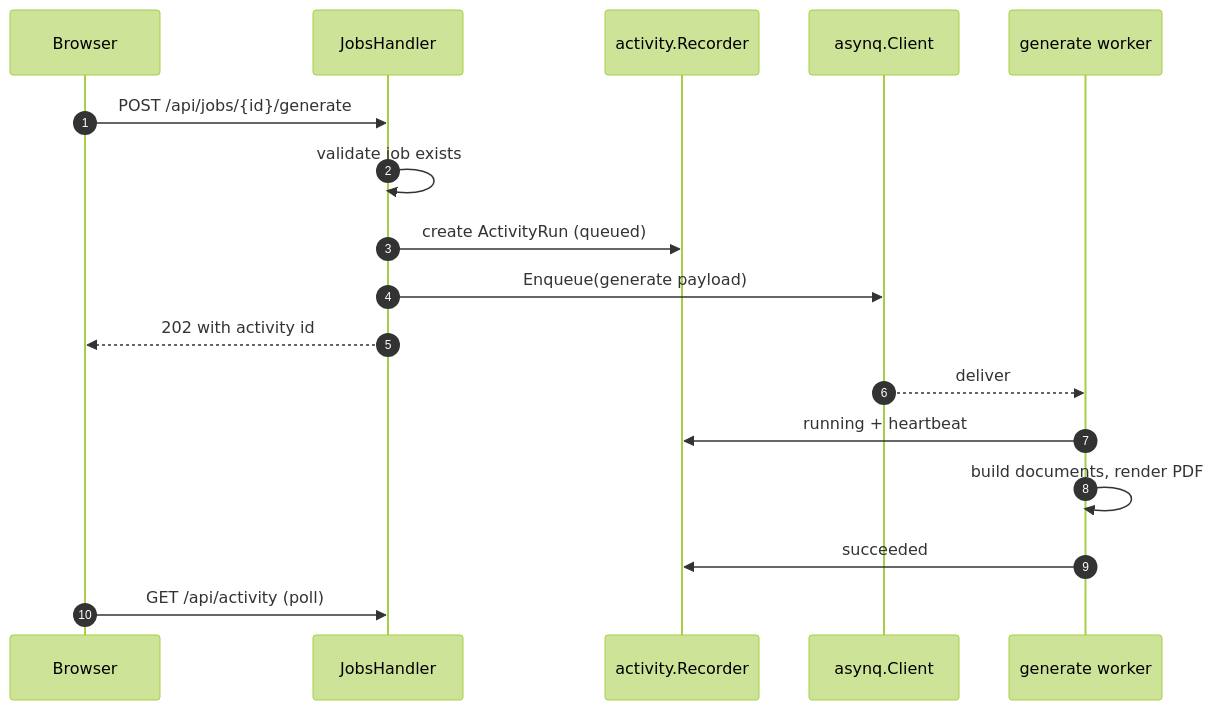
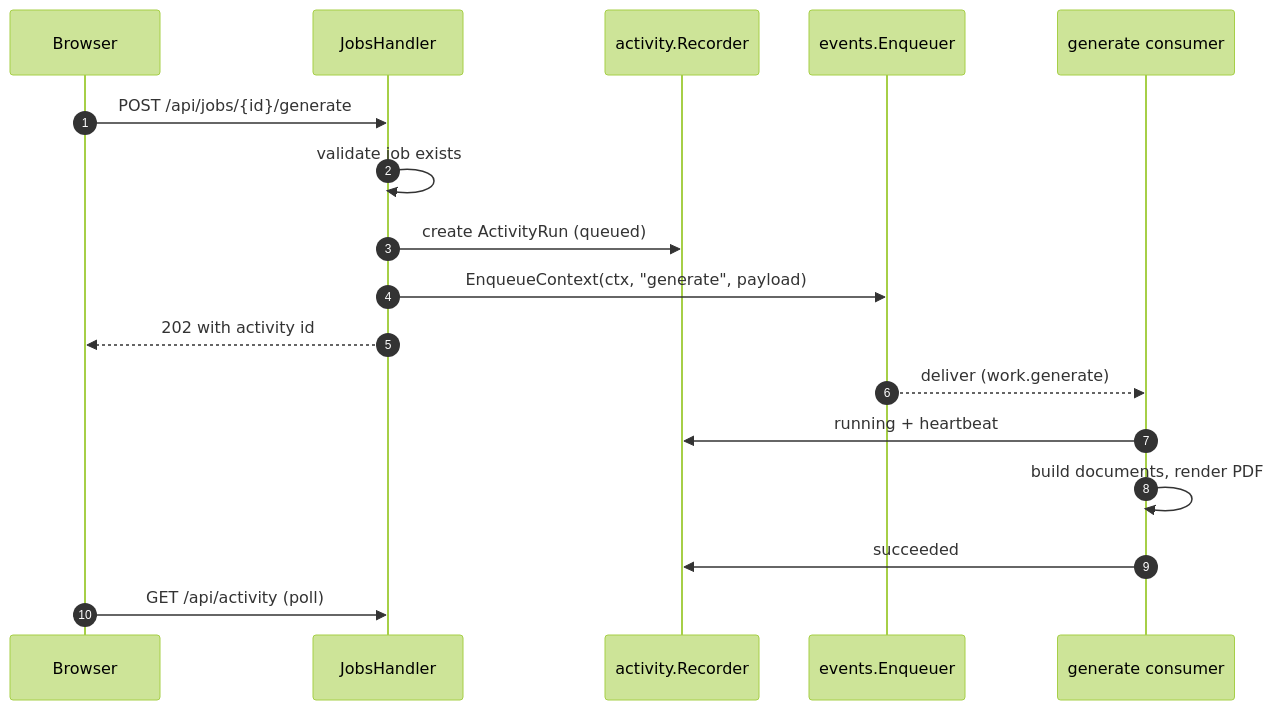
Before and after one commit to nonamecat19/job-finder: the third of 5 diagrams in docs/docs/architecture/request-lifecycle.md, drawn with Mermaid (forest theme). The commit also changed other lines of this file and 13 other files, not shown here.

````diff
--- a/docs/docs/architecture/request-lifecycle.md
+++ b/docs/docs/architecture/request-lifecycle.md
@@ -69,19 +69,19 @@
 ```mermaid
 sequenceDiagram
     autonumber
     participant B as Browser
     participant H as JobsHandler
     participant A as activity.Recorder
-    participant C as asynq.Client
-    participant W as generate worker
+    participant C as events.Enqueuer
+    participant W as generate consumer
     B->>H: POST /api/jobs/{id}/generate
     H->>H: validate job exists
     H->>A: create ActivityRun (queued)
-    H->>C: Enqueue(generate payload)
+    H->>C: EnqueueContext(ctx, "generate", payload)
     H-->>B: 202 with activity id
-    C-->>W: deliver
+    C-->>W: deliver (work.generate)
     W->>A: running + heartbeat
     W->>W: build documents, render PDF
     W->>A: succeeded
     B->>H: GET /api/activity (poll)
 ```
````
